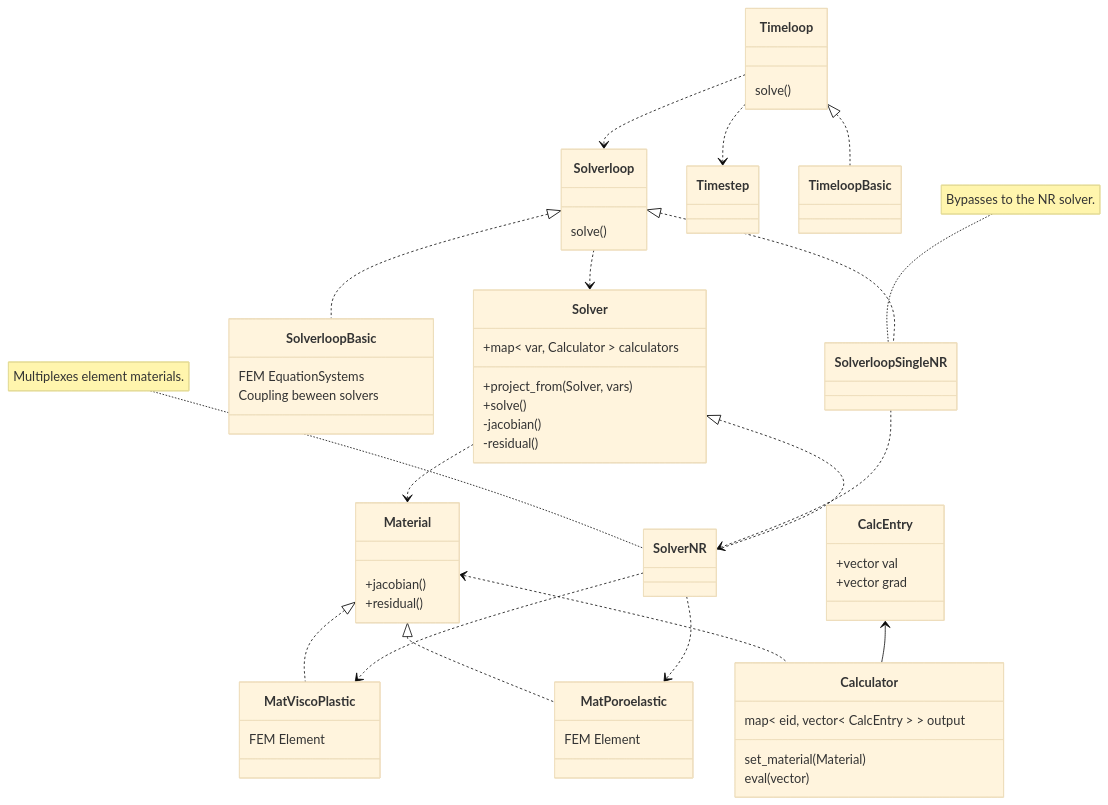
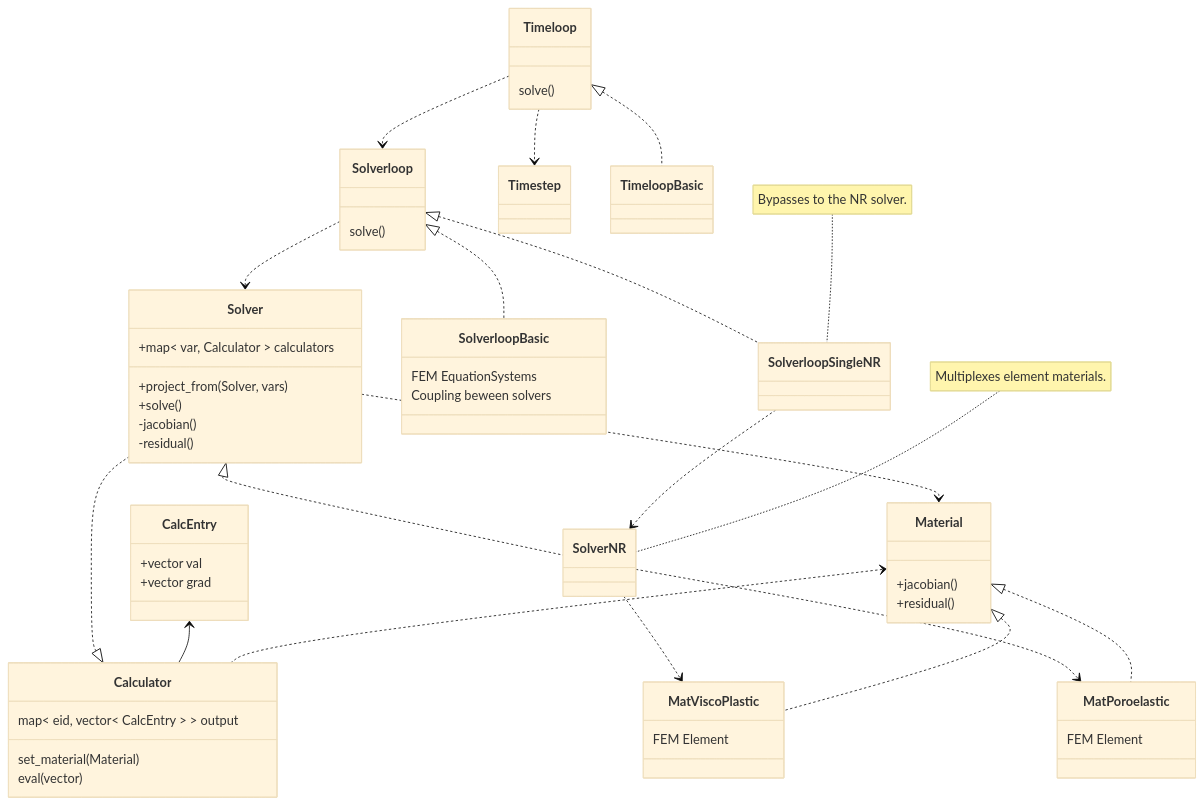
Before and after one commit to rebpoli/harpy: the diagram in include/README.md, drawn with Mermaid (base theme).

```diff
--- a/include/README.md
+++ b/include/README.md
@@ -49,6 +49,7 @@
     Material <.. Calculator
     CalcEntry <-- Calculator
     Solverloop <|.. SolverloopBasic
+    Calculator <|.. Solver
 
 %% Helper
     class Timestep { }
```
